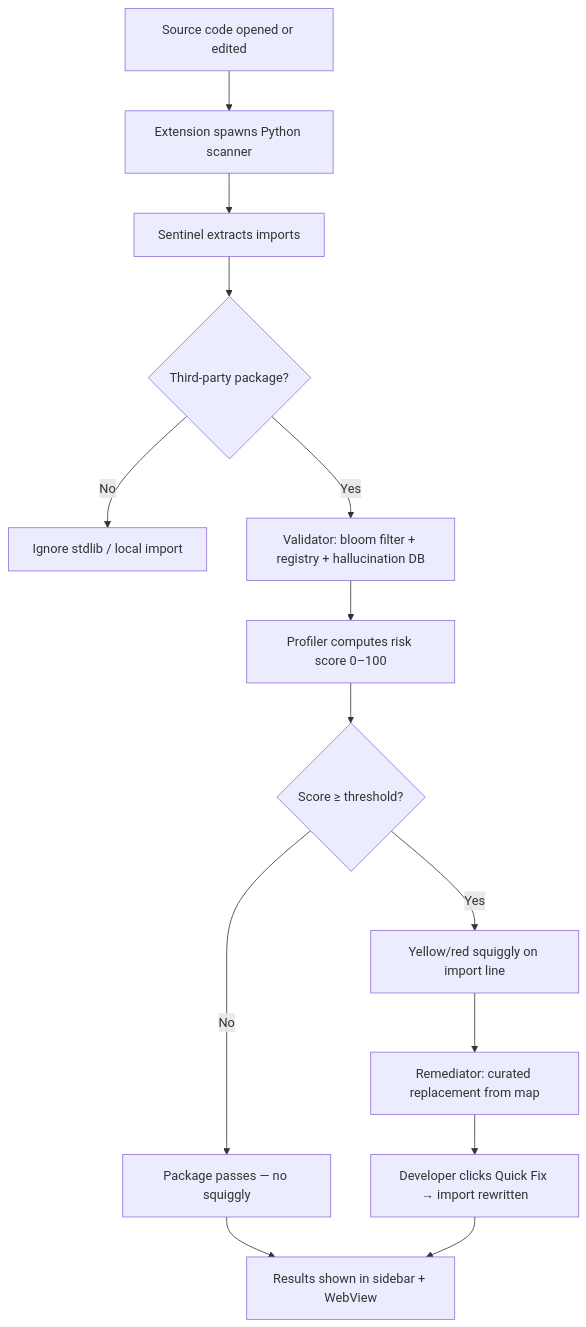
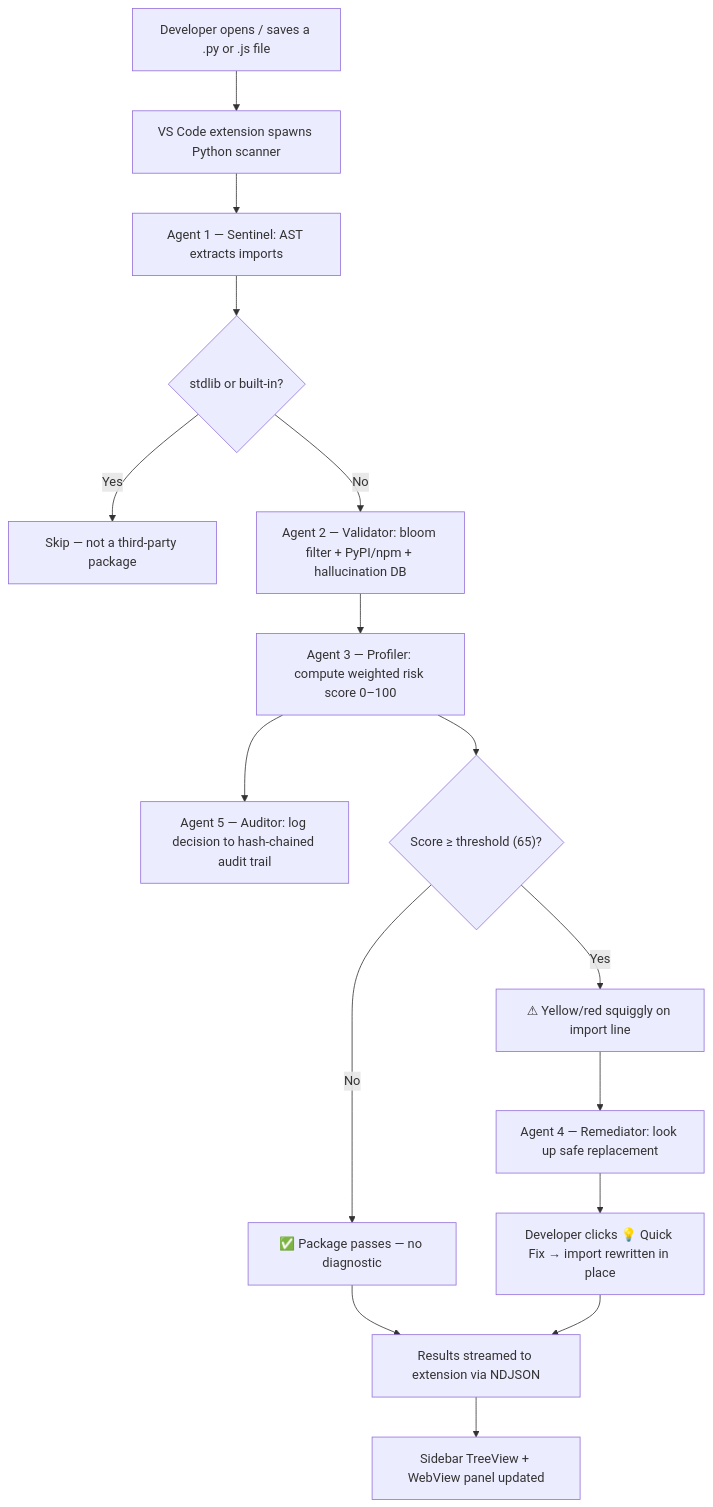
Before and after one commit to Quantum-Blade1/HalluciGuard: the diagram in README.md, drawn with Mermaid. The commit also changed other lines of this file, not shown here.

Commit message:
docs: professional README rewrite — 5-agent architecture, team contributions, profile pictures

````diff
--- a/README.md
+++ b/README.md
@@ -142,16 +140,18 @@
 ```mermaid
 flowchart TD
-    A["Source code opened or edited"] --> B["Extension spawns Python scanner"]
-    B --> C["Sentinel extracts imports"]
-    C --> D{"Third-party package?"}
-    D -->|No| E["Ignore stdlib / local import"]
-    D -->|Yes| F["Validator: bloom filter + registry + hallucination DB"]
-    F --> G["Profiler computes risk score 0–100"]
-    G --> H{"Score ≥ threshold?"}
-    H -->|No| I["Package passes — no squiggly"]
-    H -->|Yes| J["Yellow/red squiggly on import line"]
-    J --> K["Remediator: curated replacement from map"]
-    K --> L["Developer clicks Quick Fix → import rewritten"]
-    I --> M["Results shown in sidebar + WebView"]
-    L --> M
+    A["Developer opens / saves a .py or .js file"] --> B["VS Code extension spawns Python scanner"]
+    B --> C["Agent 1 — Sentinel: AST extracts imports"]
+    C --> D{"stdlib or built-in?"}
+    D -->|Yes| E["Skip — not a third-party package"]
+    D -->|No| F["Agent 2 — Validator: bloom filter + PyPI/npm + hallucination DB"]
+    F --> G["Agent 3 — Profiler: compute weighted risk score 0–100"]
+    G --> H["Agent 5 — Auditor: log decision to hash-chained audit trail"]
+    G --> I{"Score ≥ threshold (65)?"}
+    I -->|No| J["✅ Package passes — no diagnostic"]
+    I -->|Yes| K["⚠ Yellow/red squiggly on import line"]
+    K --> L["Agent 4 — Remediator: look up safe replacement"]
+    L --> M["Developer clicks 💡 Quick Fix → import rewritten in place"]
+    J --> N["Results streamed to extension via NDJSON"]
+    M --> N
+    N --> O["Sidebar TreeView + WebView panel updated"]
 ```
````
